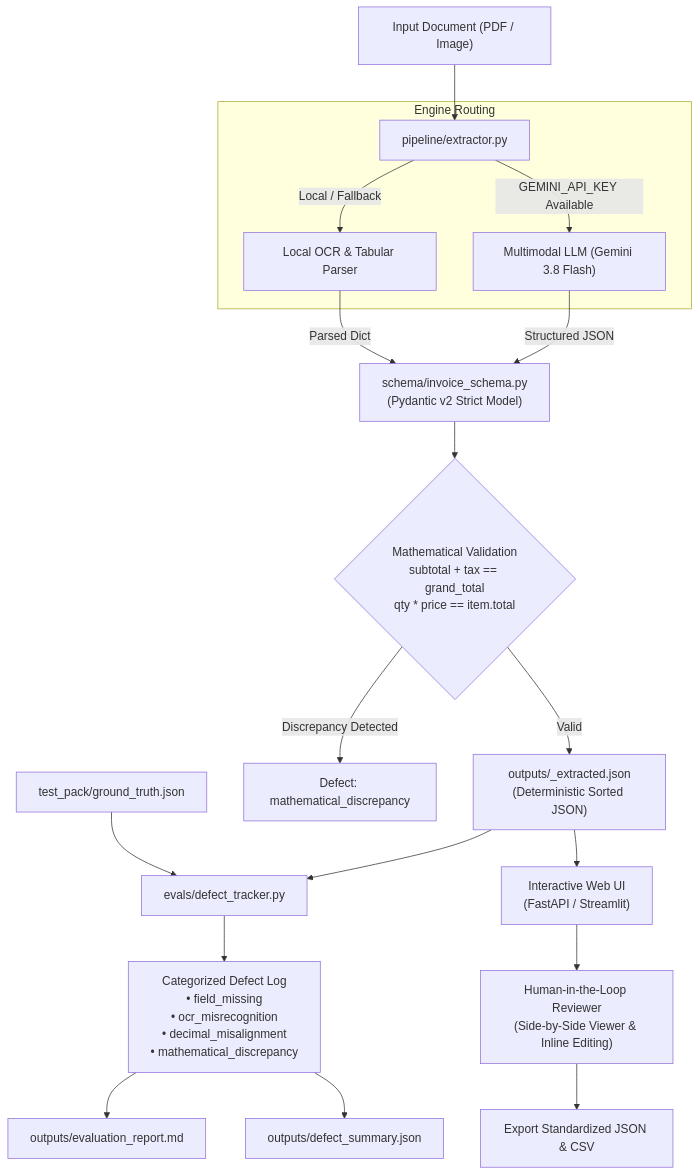
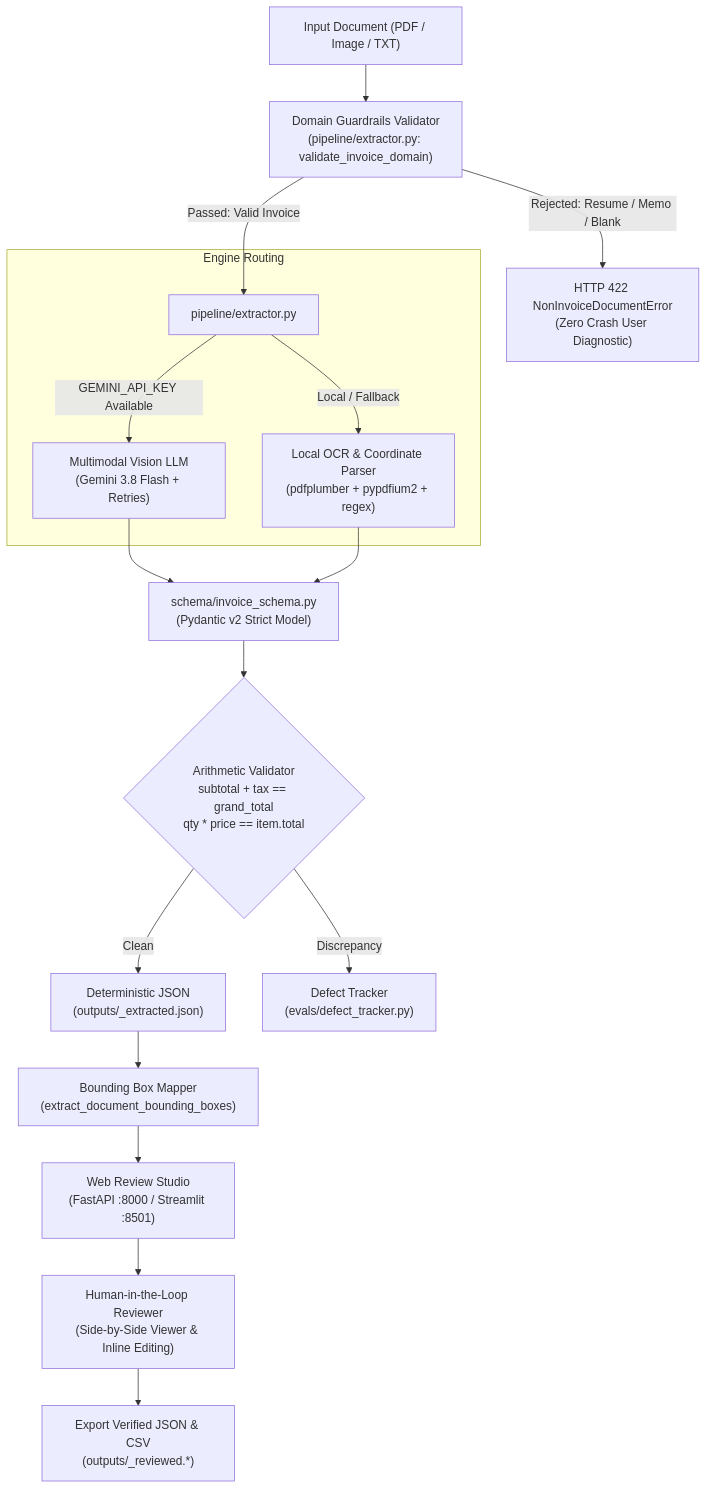
The diagram in README.md (Samiaqadir/invoice-extraction-studio), drawn with Mermaid before and after one commit. The commit also changed other lines of this file and 2 other files, not shown here.

````diff
--- a/README.md
+++ b/README.md
@@ -9,29 +57,27 @@
 ```mermaid
 flowchart TD
-    Doc["Input Document (PDF / Image)"] --> Extractor["pipeline/extractor.py"]
+    Doc["Input Document (PDF / Image / TXT)"] --> Guardrails["Domain Guardrails Validator\n(pipeline/extractor.py: validate_invoice_domain)"]
+    
+    Guardrails -->|Rejected: Resume / Memo / Blank| Reject["HTTP 422 NonInvoiceDocumentError\n(Zero Crash User Diagnostic)"]
+    
+    Guardrails -->|Passed: Valid Invoice| Extractor["pipeline/extractor.py"]
     
     subgraph Engine Routing
-        Extractor -->|GEMINI_API_KEY Available| Gemini["Multimodal LLM (Gemini 3.8 Flash)"]
-        Extractor -->|Local / Fallback| LocalOCR["Local OCR & Tabular Parser"]
+        Extractor -->|GEMINI_API_KEY Available| Gemini["Multimodal Vision LLM\n(Gemini 3.8 Flash + Retries)"]
+        Extractor -->|Local / Fallback| LocalOCR["Local OCR & Coordinate Parser\n(pdfplumber + pypdfium2 + regex)"]
     end
     
-    Gemini -->|Structured JSON| Validation["schema/invoice_schema.py\n(Pydantic v2 Strict Model)"]
-    LocalOCR -->|Parsed Dict| Validation
+    Gemini --> Schema["schema/invoice_schema.py\n(Pydantic v2 Strict Model)"]
+    LocalOCR --> Schema
     
-    Validation --> MathCheck{"Mathematical Validation\nsubtotal + tax == grand_total\nqty * price == item.total"}
+    Schema --> MathCheck{"Arithmetic Validator\nsubtotal + tax == grand_total\nqty * price == item.total"}
     
-    MathCheck -->|Valid| Output["outputs/<doc>_extracted.json\n(Deterministic Sorted JSON)"]
-    MathCheck -->|Discrepancy Detected| MathDefect["Defect: mathematical_discrepancy"]
+    MathCheck -->|Clean| Output["Deterministic JSON\n(outputs/<doc>_extracted.json)"]
+    MathCheck -->|Discrepancy| FlagDefect["Defect Tracker\n(evals/defect_tracker.py)"]
     
-    Output --> Evaluator["evals/defect_tracker.py"]
-    GroundTruth["test_pack/ground_truth.json"] --> Evaluator
+    Output --> BBox["Bounding Box Mapper\n(extract_document_bounding_boxes)"]
     
-    Evaluator --> DefectTaxonomy["Categorized Defect Log\n• field_missing\n• ocr_misrecognition\n• decimal_misalignment\n• mathematical_discrepancy"]
-    
-    DefectTaxonomy --> ReportMD["outputs/evaluation_report.md"]
-    DefectTaxonomy --> SummaryJSON["outputs/defect_summary.json"]
-    
-    Output --> WebUI["Interactive Web UI\n(FastAPI / Streamlit)"]
+    BBox --> WebUI["Web Review Studio\n(FastAPI :8000 / Streamlit :8501)"]
     WebUI --> Reviewer["Human-in-the-Loop Reviewer\n(Side-by-Side Viewer & Inline Editing)"]
-    Reviewer --> Export["Export Standardized JSON & CSV"]
+    Reviewer --> Export["Export Verified JSON & CSV\n(outputs/<doc>_reviewed.*)"]
 ```
````
